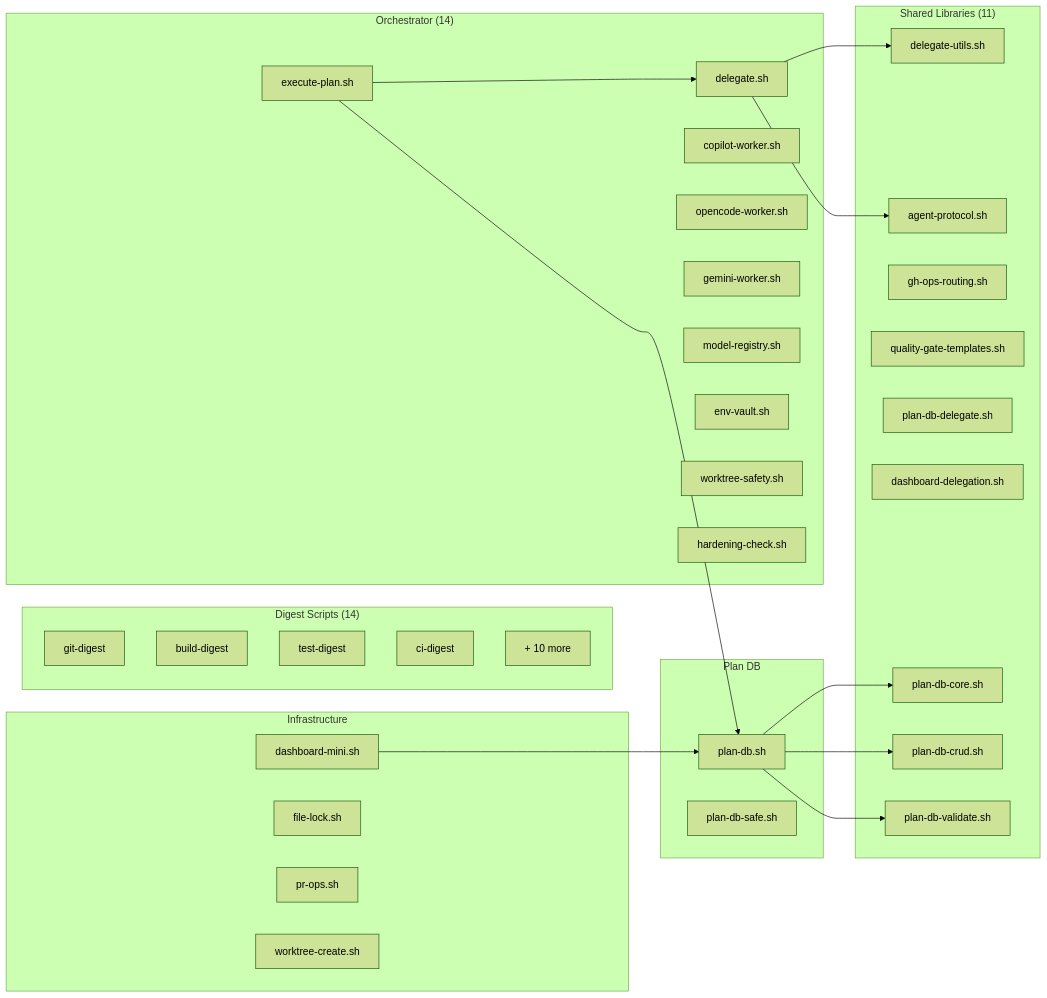
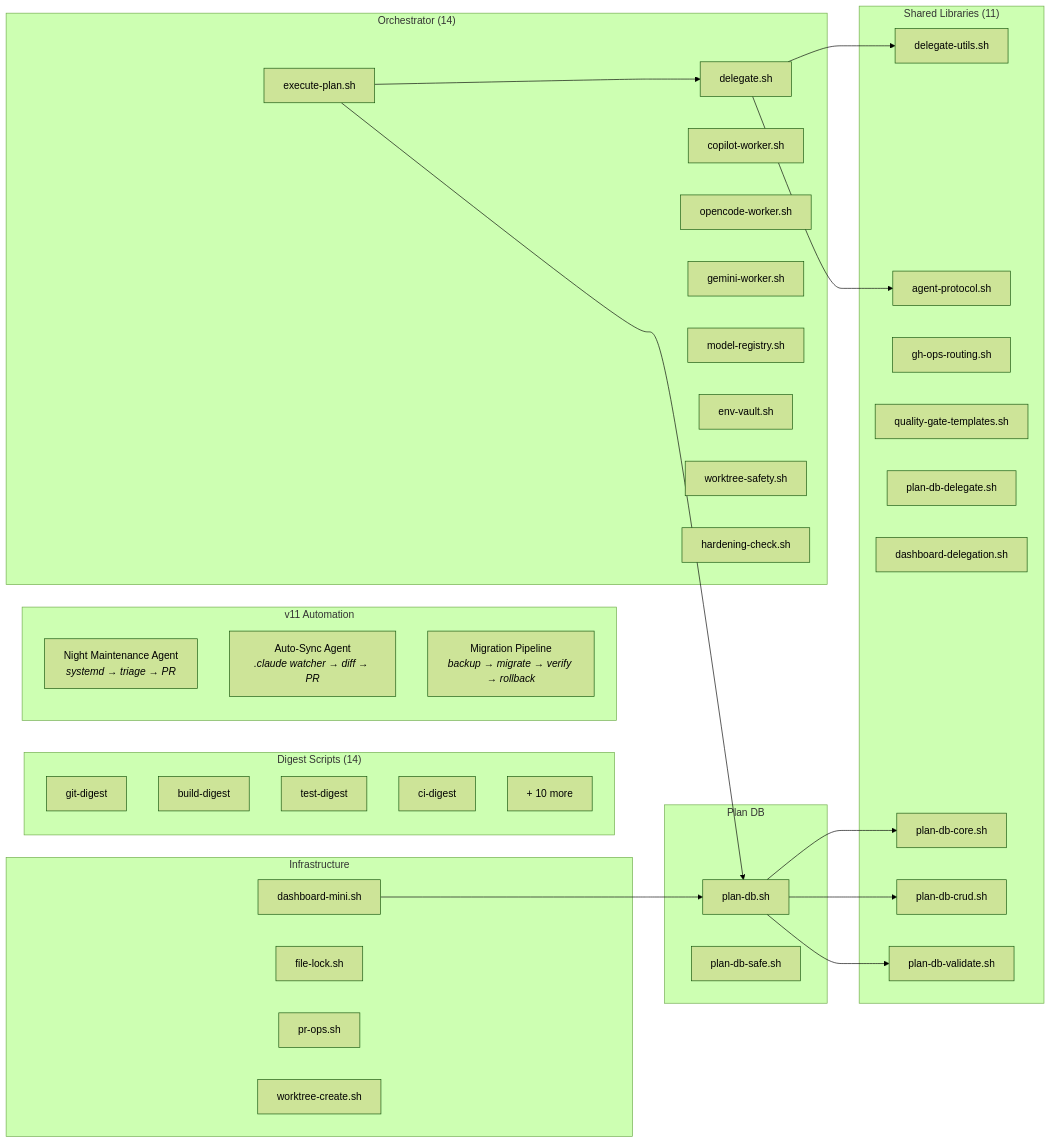
One commit to Roberdan/MyConvergio changed the fifth of 6 diagrams in docs/agents/architecture.md. Above: the diagram before and after it, drawn with Mermaid (forest theme). The commit also changed other lines of this file and 364 other files, not shown here.

````diff
--- a/docs/agents/architecture.md
+++ b/docs/agents/architecture.md
@@ -199,51 +208,57 @@
 ```mermaid
 flowchart LR
     subgraph ORCH["Orchestrator (14)"]
         D[delegate.sh]
         EP[execute-plan.sh]
         CW2[copilot-worker.sh]
         OW2[opencode-worker.sh]
         GW2[gemini-worker.sh]
         MR[model-registry.sh]
         EV[env-vault.sh]
         WS[worktree-safety.sh]
         HC[hardening-check.sh]
     end
 
     subgraph LIBS["Shared Libraries (11)"]
         DU[delegate-utils.sh]
         AP[agent-protocol.sh]
         GH[gh-ops-routing.sh]
         QG[quality-gate-templates.sh]
         PDD[plan-db-delegate.sh]
         DD[dashboard-delegation.sh]
         PDC[plan-db-core.sh]
         PDCR[plan-db-crud.sh]
         PDV[plan-db-validate.sh]
     end
 
     subgraph DIGEST["Digest Scripts (14)"]
         GD[git-digest]
         BD[build-digest]
         TD[test-digest]
         CD[ci-digest]
         MORE["+ 10 more"]
     end
 
     subgraph PLANDB["Plan DB"]
         PDB[plan-db.sh]
         PDBS[plan-db-safe.sh]
     end
 
+    subgraph AUTOMATION["v11 Automation"]
+        NIGHT["Night Maintenance Agent<br/><i>systemd → triage → PR</i>"]
+        AUTOSYNC["Auto-Sync Agent<br/><i>.claude watcher → diff → PR</i>"]
+        MIGRATE["Migration Pipeline<br/><i>backup → migrate → verify → rollback</i>"]
+    end
+
     subgraph INFRA["Infrastructure"]
         DASH[dashboard-mini.sh]
         FL[file-lock.sh]
         PR[pr-ops.sh]
         WT[worktree-create.sh]
     end
 
     D --> DU & AP
     EP --> D & PDB
     PDB --> PDC & PDCR & PDV
     DASH --> PDB
 ```
````
